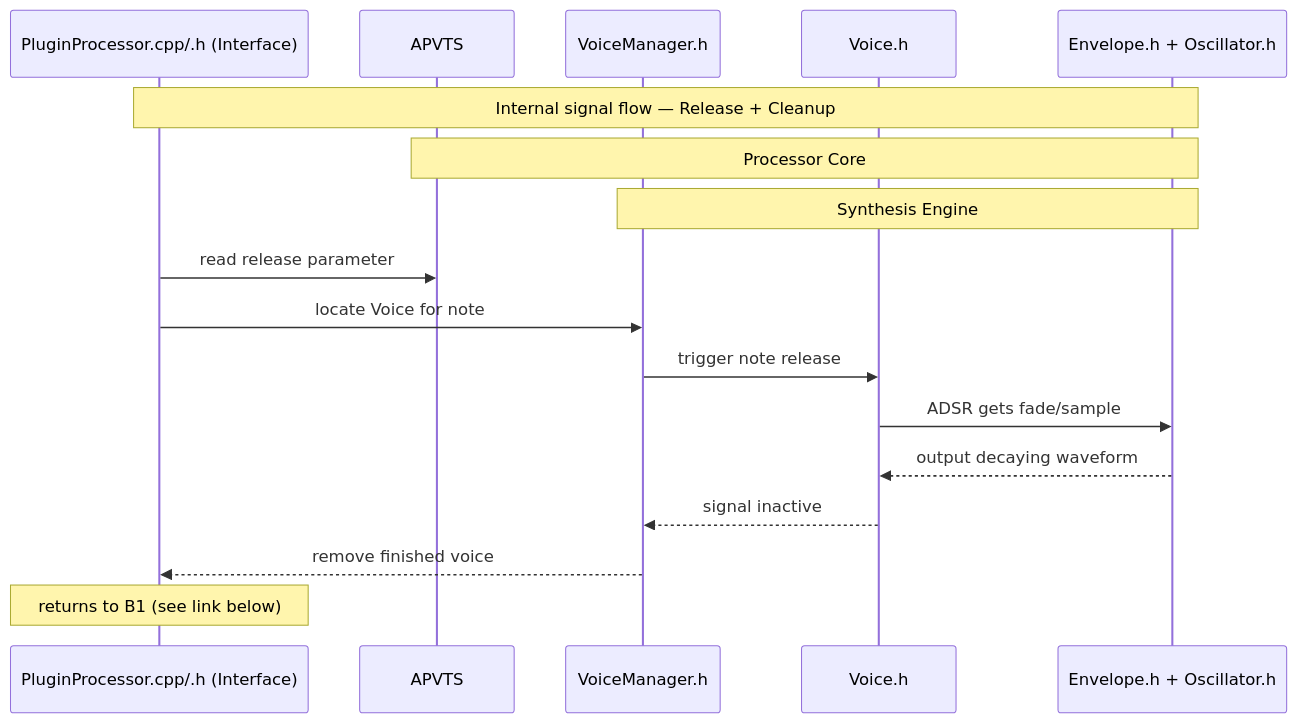
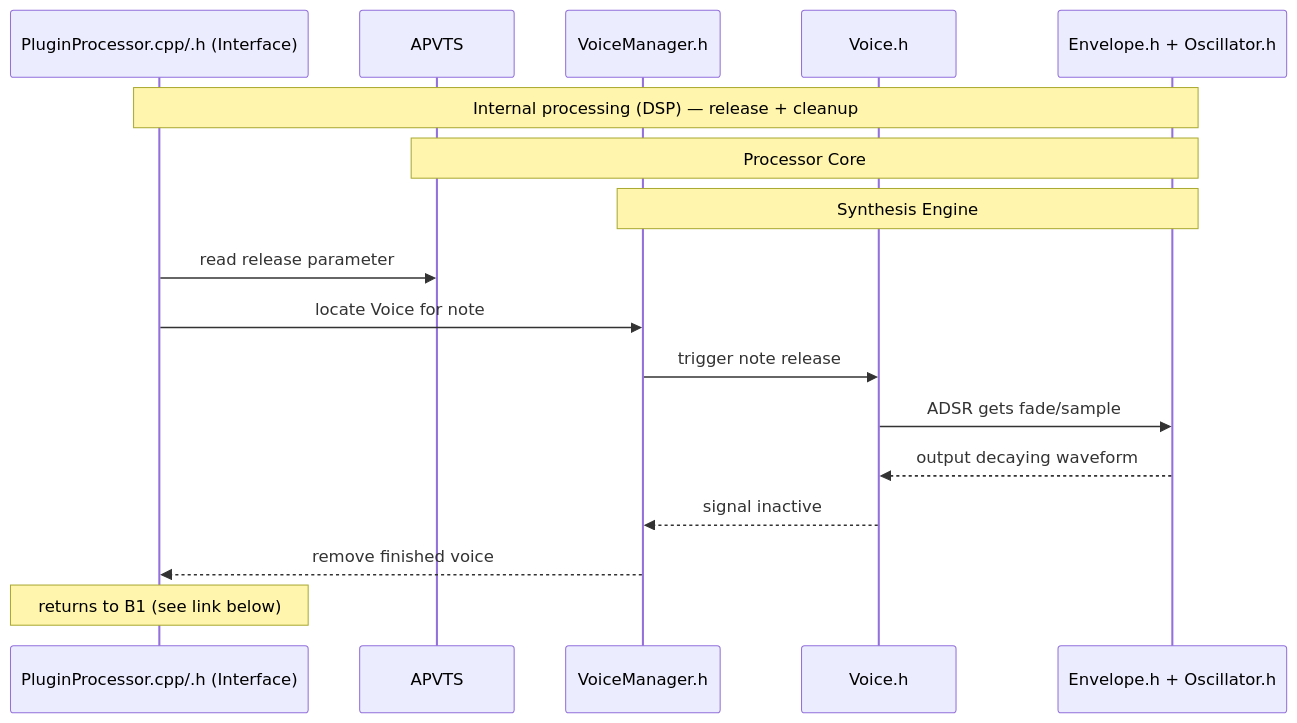
The fourth of 6 diagrams in docs/architecture.md (TYLERSFOSTER/MIDIControl001), drawn with Mermaid before and after one commit. The commit also changed other lines of this file, not shown here.

````diff
--- a/docs/architecture.md
+++ b/docs/architecture.md
@@ -119,20 +119,20 @@
 ```mermaid
 sequenceDiagram
 participant PluginProcessor as PluginProcessor.cpp/.h (Interface)
 participant ValueTree as APVTS
 participant VoiceManager as VoiceManager.h
 participant Voice as Voice.h
 participant DSP as Envelope.h + Oscillator.h
 
-Note over PluginProcessor,DSP: Internal signal flow — Release + Cleanup
+Note over PluginProcessor,DSP: Internal processing (DSP) — release + cleanup
 Note over ValueTree,DSP: Processor Core
 Note over VoiceManager,DSP: Synthesis Engine
 PluginProcessor->>ValueTree: read release parameter
 PluginProcessor->>VoiceManager: locate Voice for note
 VoiceManager->>Voice: trigger note release
 Voice->>DSP: ADSR gets fade/sample
 DSP-->>Voice: output decaying waveform
 Voice-->>VoiceManager: signal inactive
 VoiceManager-->>PluginProcessor: remove finished voice
 Note over PluginProcessor: returns to B1 (see link below)
 ```
````
